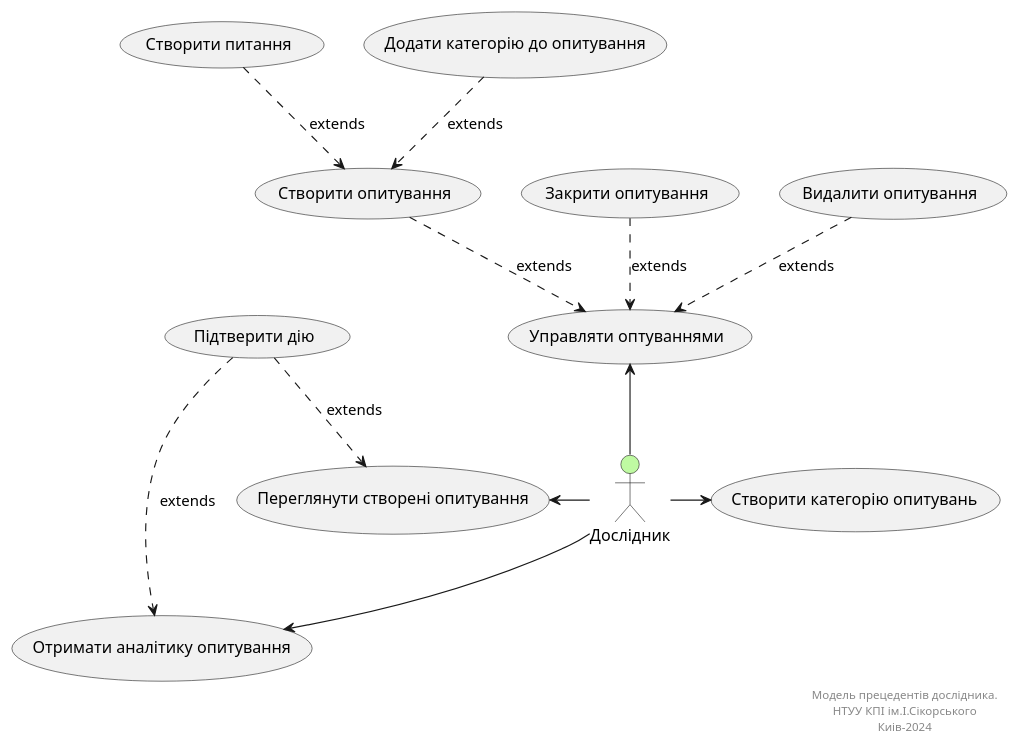
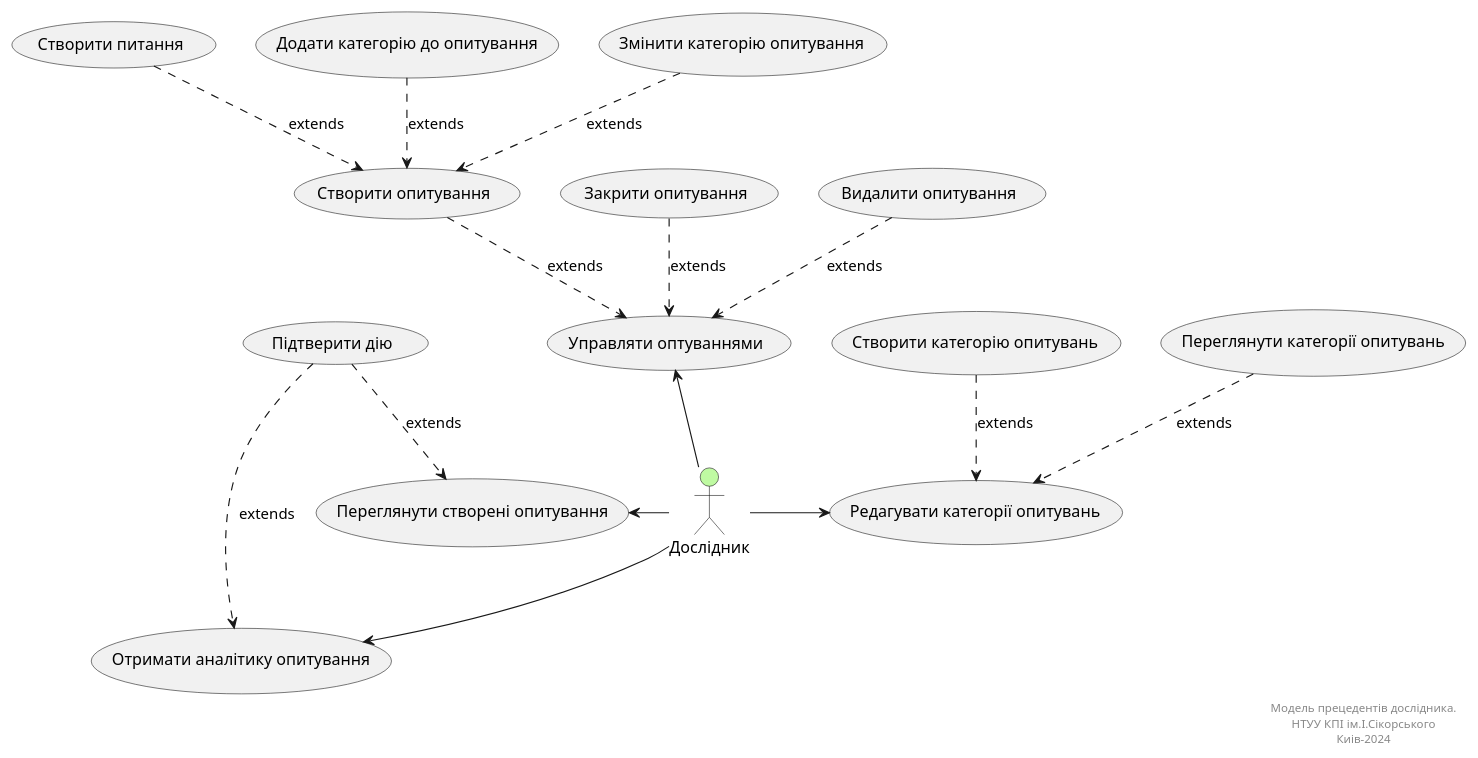
The second of 2 diagrams in docs/use_cases.md (generalmaks/db_labs), drawn with PlantUML before and after one commit. The commit also changed other lines of this file, not shown here.

Commit message:
Update diagrams

````diff
--- a/docs/use_cases.md
+++ b/docs/use_cases.md
@@ -81,42 +79,50 @@
 ```plantuml
 @startuml
     actor "Дослідник" as Researcher #bffaa2
     
     usecase "Управляти оптуваннями" as UC_1.1
     
     usecase "Створити опитування" as UC_1.1.1
     usecase "Закрити опитування" as UC_1.1.2
     usecase "Видалити опитування" as UC_1.1.3
     
     usecase "Отримати аналітику опитування" as UC_1.2
     usecase "Переглянути створені опитування" as UC_1.3
-    usecase "Створити категорію опитувань" as UC_1.4
+    usecase "Редагувати категорії опитувань" as UC_1.4
     
     usecase "Створити питання" as UC_1.1.1.1
     usecase "Додати категорію до опитування" as UC_1.1.1.2
+    usecase "Змінити категорію опитування" as UC_1.1.1.3
     
     usecase "Підтверити дію" as UC_1.2.1
+    
+    usecase "Створити категорію опитувань" as UC_1.4.1
+    usecase "Переглянути категорії опитувань" as UC_1.4.2
     
     Researcher -up-> UC_1.1
     Researcher -down-> UC_1.2
     Researcher -left-> UC_1.3
     Researcher -right-> UC_1.4
     
     UC_1.1.1 ..> UC_1.1 :extends
     UC_1.1.2 ..> UC_1.1 :extends
     UC_1.1.3 ..> UC_1.1 :extends
     
     UC_1.1.1.1 ..> UC_1.1.1 :extends
     UC_1.1.1.2 ..> UC_1.1.1 :extends
+    UC_1.1.1.3 ..> UC_1.1.1 :extends
     
     UC_1.2.1 ..> UC_1.2 :extends
     UC_1.2.1 ..> UC_1.3 :extends
+    
+    UC_1.4.1 ..> UC_1.4 :extends
+    UC_1.4.2 ..> UC_1.4 :extends
     
     right footer
         Модель прецедентів дослідника.
         НТУУ КПІ ім.І.Сікорського
         Киів-2024
     end footer
     
 @enduml
 ```
````
